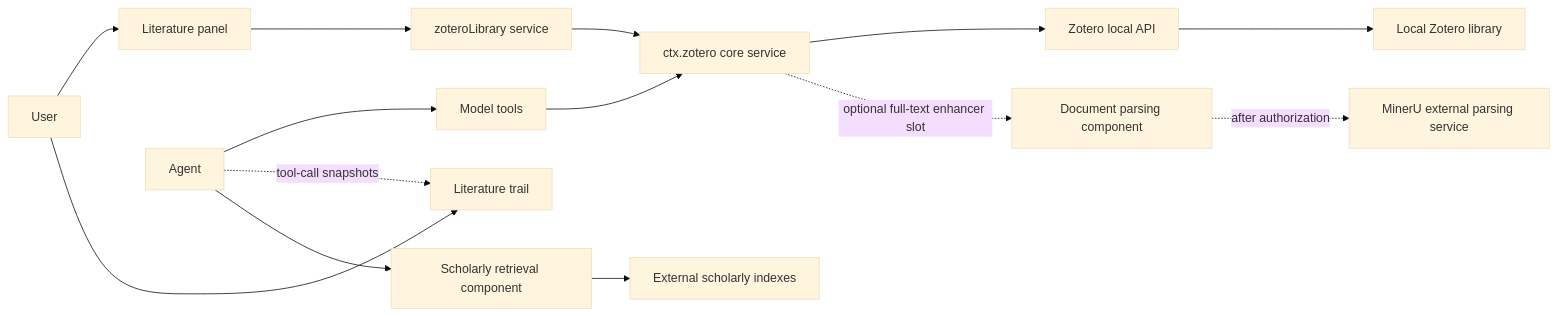
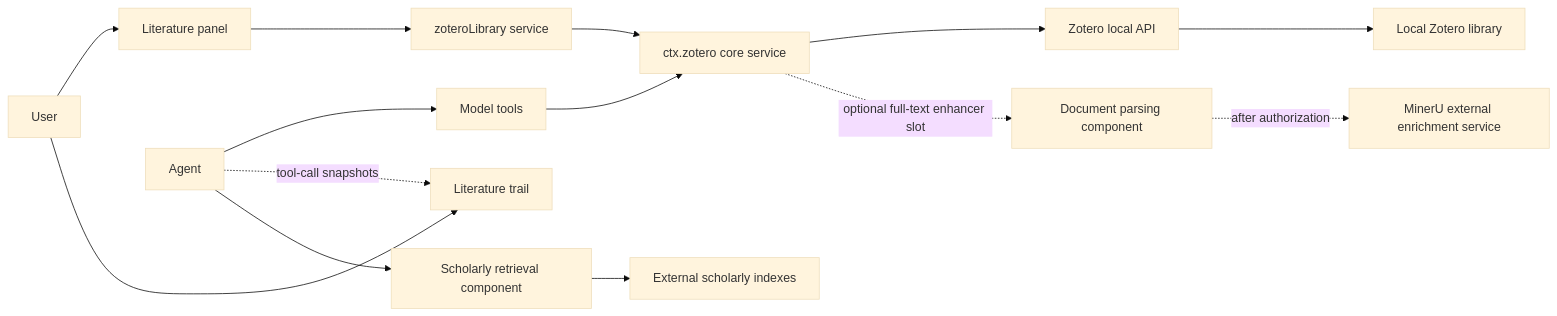
The diagram in docs/product-model.en.md (Vncntvx/dsh-zotero), drawn with Mermaid (base theme) before and after one commit. The commit also changed other lines of this file and 155 other files, not shown here.

````diff
--- a/docs/product-model.en.md
+++ b/docs/product-model.en.md
@@ -58,14 +58,14 @@
 ```mermaid
 graph LR
     U[User] --> P[Literature panel]
     A[Agent] --> T[Model tools]
     P --> LS[zoteroLibrary service]
     T --> S[ctx.zotero core service]
     LS --> S
     S --> Z[Zotero local API]
     Z --> L[Local Zotero library]
     A -.->|tool-call snapshots| TR[Literature trail]
     U --> TR
     A --> X[Scholarly retrieval component] --> E[External scholarly indexes]
-    S -.->|optional full-text enhancer slot| PA[Document parsing component] -.->|after authorization| M[MinerU external parsing service]
+    S -.->|optional full-text enhancer slot| PA[Document parsing component] -.->|after authorization| M[MinerU external enrichment service]
 ```
````
